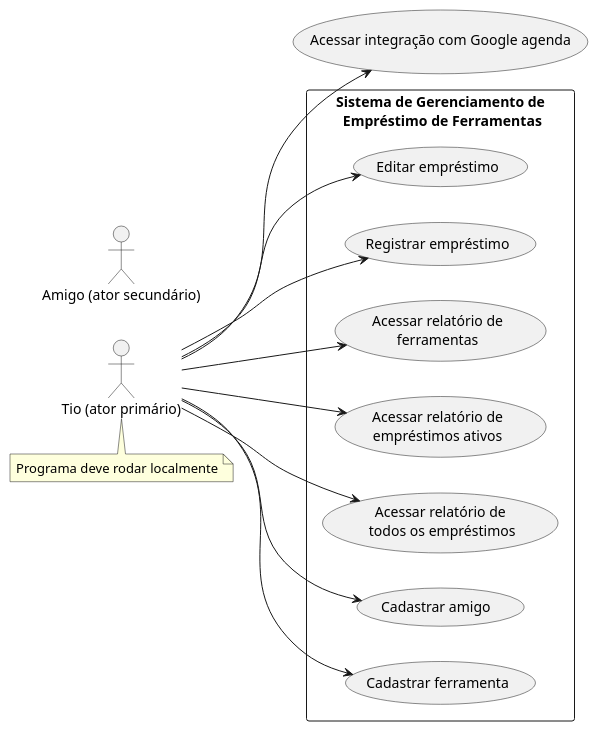
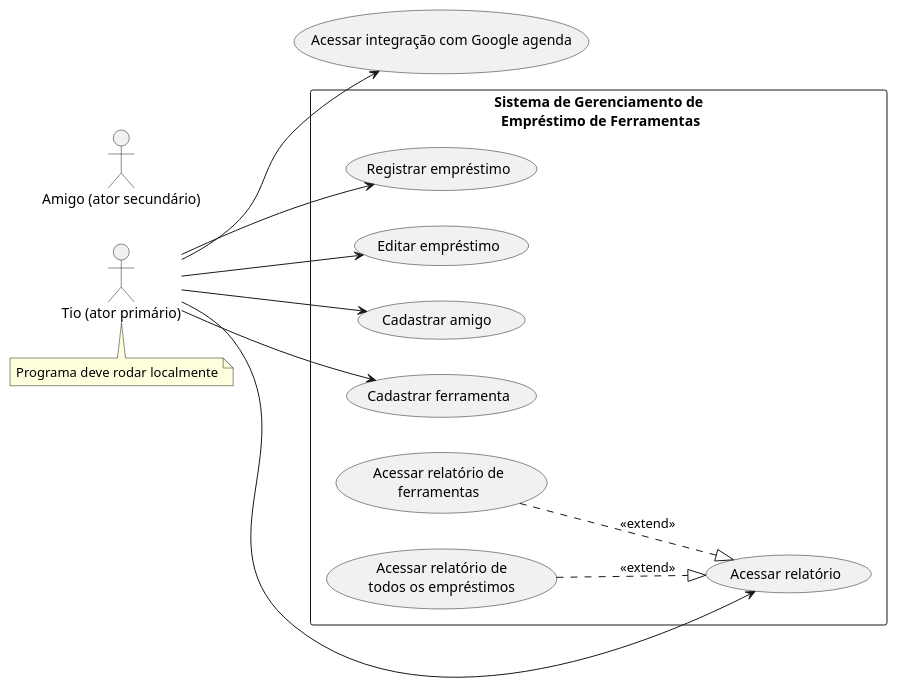
The diagram in diagramas/casoDeUso.plantuml (LeonardoSchmittK/A3Modelagem), drawn with PlantUML before and after one commit. The commit also changed 4 other files, not shown here.

Commit message:
feat:adicionando pasta fluxos e adicionando fluxo acessar relatório

```diff
--- a/diagramas/casoDeUso.plantuml
+++ b/diagramas/casoDeUso.plantuml
@@ -1,33 +1,33 @@
 @startuml
 
 left to right direction
 
 actor "Tio (ator primário)" as primario
 note bottom
   Programa deve rodar localmente
 end note
 actor "Amigo (ator secundário)"
 
   usecase  UC4 as "Acessar integração com Google agenda"
 
 rectangle "Sistema de Gerenciamento de\n Empréstimo de Ferramentas" {
-  usecase "Editar empréstimo" as UC1
-  usecase "Registrar empréstimo" as UC2
-  usecase "Acessar relatório de\nferramentas" as UC3
-  usecase "Acessar relatório de\nempréstimos ativos" as UC5
-  usecase "Acessar relatório de\n todos os empréstimos" as UC6
+  usecase "Registrar empréstimo" as UC1
+  usecase "Editar empréstimo" as UC2
+  usecase "Acessar relatório" as UC3
+
   usecase "Cadastrar amigo " as UC7
   usecase "Cadastrar ferramenta" as UC8
-  
+  usecase "Acessar relatório de\nferramentas" as UC9
+  usecase "Acessar relatório de\ntodos os empréstimos" as UC10
 }
 
 primario --> UC1
 primario --> UC2
 primario --> UC3
 primario --> UC4
-primario --> UC5
-primario --> UC6
 primario --> UC7
 primario --> UC8
+UC9 ..|> UC3 : <<extend>>
+UC10 ..|> UC3 : <<extend>>
 
 @enduml
```
